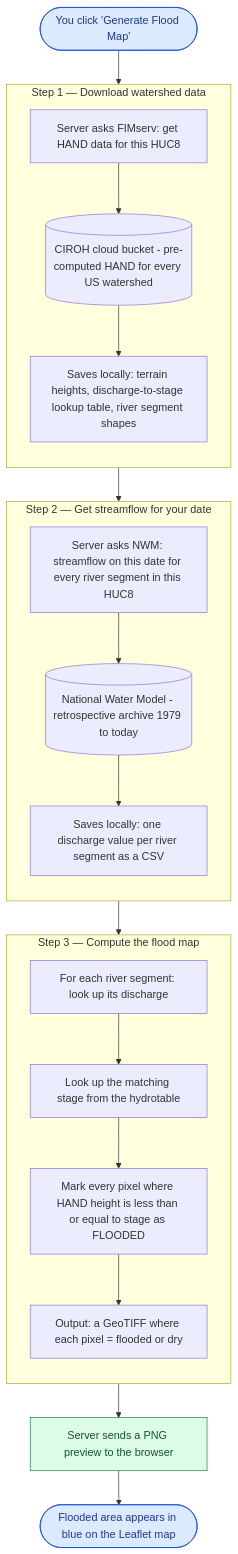
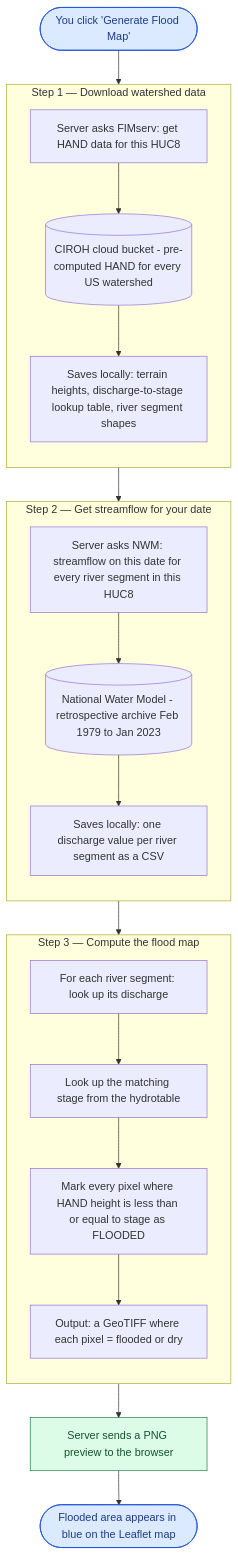
One commit to tasfia26/tethysapp-fimserve_viewer changed the first of 2 diagrams in README.md. Above: the diagram before and after it, drawn with Mermaid. The commit also changed other lines of this file, not shown here.

````diff
--- a/README.md
+++ b/README.md
@@ -171,41 +324,41 @@
 ```mermaid
 flowchart TD
     User([You click 'Generate Flood Map']):::user
 
     subgraph S1["Step 1 — Download watershed data"]
         direction TB
         T1["Server asks FIMserv: get HAND data for this HUC8"]
         Cloud1[("CIROH cloud bucket - pre-computed HAND for every US watershed")]
         Files1["Saves locally: terrain heights, discharge-to-stage lookup table, river segment shapes"]
         T1 --> Cloud1 --> Files1
     end
 
     subgraph S2["Step 2 — Get streamflow for your date"]
         direction TB
         T2["Server asks NWM: streamflow on this date for every river segment in this HUC8"]
-        Cloud2[("National Water Model - retrospective archive 1979 to today")]
+        Cloud2[("National Water Model - retrospective archive Feb 1979 to Jan 2023")]
         Files2["Saves locally: one discharge value per river segment as a CSV"]
         T2 --> Cloud2 --> Files2
     end
 
     subgraph S3["Step 3 — Compute the flood map"]
         direction TB
         T3a["For each river segment: look up its discharge"]
         T3b["Look up the matching stage from the hydrotable"]
         T3c["Mark every pixel where HAND height is less than or equal to stage as FLOODED"]
         Files3["Output: a GeoTIFF where each pixel = flooded or dry"]
         T3a --> T3b --> T3c --> Files3
     end
 
     Display["Server sends a PNG preview to the browser"]:::out
     Map([Flooded area appears in blue on the Leaflet map]):::user
 
     User --> S1
     S1 --> S2
     S2 --> S3
     S3 --> Display
     Display --> Map
 
     classDef user fill:#dbeafe,stroke:#1d4ed8,color:#1e3a8a
     classDef out fill:#dcfce7,stroke:#15803d,color:#14532d
 ```
````
